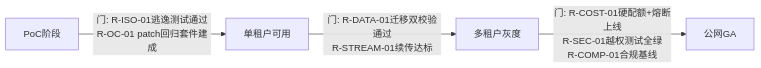
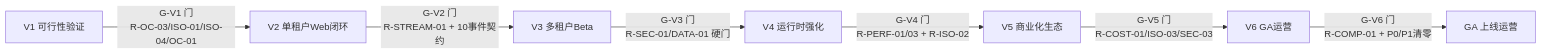
The sixth of 6 diagrams in 改造计划/18-风险登记册.md (edward-ng-duke/LobsterAI), drawn with Mermaid before and after one commit. The commit also changed other lines of this file and 22 other files, not shown here.

````diff
--- a/改造计划/18-风险登记册.md
+++ b/改造计划/18-风险登记册.md
@@ -319,6 +344,9 @@
 ```mermaid
 flowchart LR
-    P0[PoC阶段] -->|门: R-ISO-01逃逸测试通过<br/>R-OC-01 patch回归套件建成| P1[单租户可用]
-    P1 -->|门: R-DATA-01迁移双校验通过<br/>R-STREAM-01续传达标| P2[多租户灰度]
-    P2 -->|门: R-COST-01硬配额+熔断上线<br/>R-SEC-01越权测试全绿<br/>R-COMP-01合规基线| P3[公网GA]
+    V1[V1 可行性验证] -->|G-V1 门<br/>R-OC-03/ISO-01/ISO-04/OC-01| V2[V2 单租户Web闭环]
+    V2 -->|G-V2 门<br/>R-STREAM-01 + 10事件契约| V3[V3 多租户Beta]
+    V3 -->|G-V3 门<br/>R-SEC-01/DATA-01 硬门| V4[V4 运行时强化]
+    V4 -->|G-V4 门<br/>R-PERF-01/03 + R-ISO-02| V5[V5 商业化生态]
+    V5 -->|G-V5 门<br/>R-COST-01/ISO-03/SEC-03| V6[V6 GA运营]
+    V6 -->|G-V6 门<br/>R-COMP-01 + P0/P1清零| GA[GA 上线运营]
 ```
````
